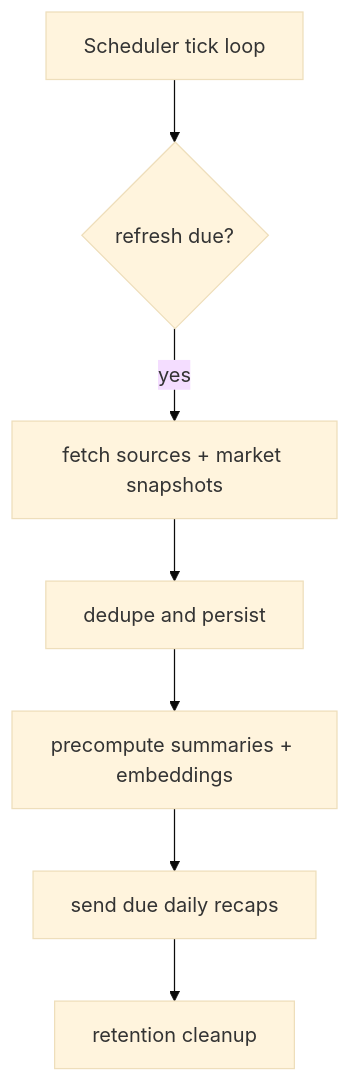
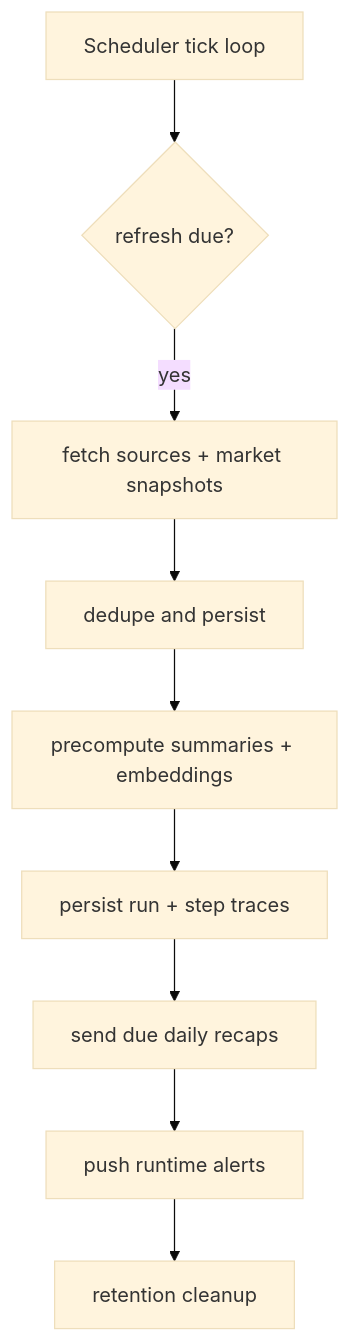
One commit to whr129/Hello-Stock changed the second of 2 diagrams in README.md. Above: the diagram before and after it, drawn with Mermaid (base theme). The commit also changed other lines of this file and 1 other file, not shown here.

````diff
--- a/README.md
+++ b/README.md
@@ -45,9 +48,11 @@
 ```mermaid
 flowchart TD
     tick[Scheduler tick loop] --> refresh{refresh due?}
     refresh -->|yes| fetch[fetch sources + market snapshots]
     fetch --> store[dedupe and persist]
     store --> summarize[precompute summaries + embeddings]
-    summarize --> recap[send due daily recaps]
-    recap --> cleanup[retention cleanup]
+    summarize --> trace[persist run + step traces]
+    trace --> recap[send due daily recaps]
+    recap --> alerts[push runtime alerts]
+    alerts --> cleanup[retention cleanup]
 ```
````
